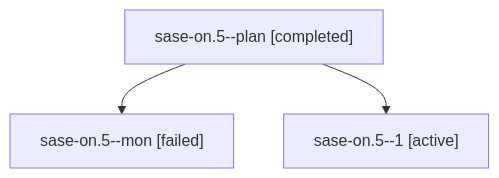
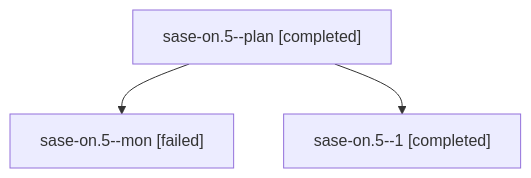
The diagram in families/bbugyi200.athena.sase-on.5.md (sase-org/sase--agents), drawn with Mermaid before and after one commit. The commit also changed other lines of this file and 162 other files, not shown here.

````diff
--- a/families/bbugyi200.athena.sase-on.5.md
+++ b/families/bbugyi200.athena.sase-on.5.md
@@ -9,8 +9,8 @@
 ```mermaid
 flowchart TD
   n0["sase-on.5--plan [completed]"]
   n1["sase-on.5--mon [failed]"]
   n0 --> n1
-  n2["sase-on.5--1 [active]"]
+  n2["sase-on.5--1 [completed]"]
   n0 --> n2
 ```
````
